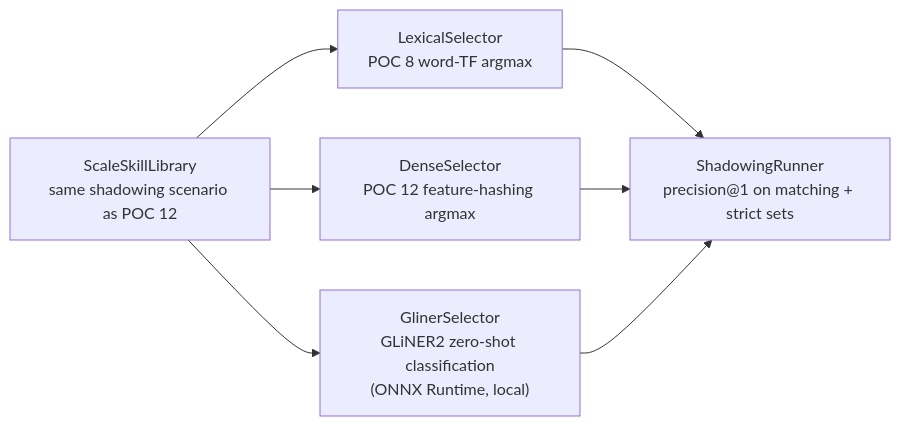
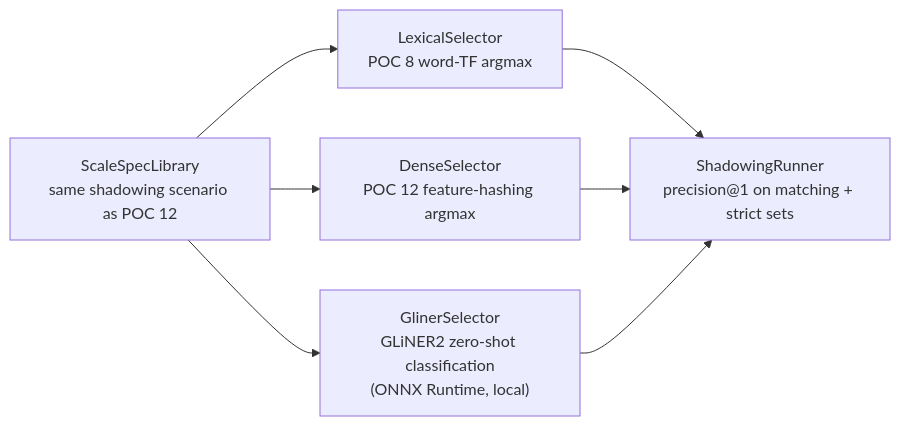
Before and after one commit to iromu/embabel-smith: the diagram in poc/poc-17-gliner-retrieval/README.md, drawn with Mermaid. The commit also changed other lines of this file and 650 other files, not shown here.

First line of the commit message:
Rename the skill-pack vocabulary to agent spec to match what the unit actually is

````diff
--- a/poc/poc-17-gliner-retrieval/README.md
+++ b/poc/poc-17-gliner-retrieval/README.md
@@ -17,11 +17,11 @@
 ```mermaid
 flowchart LR
-    LIB["ScaleSkillLibrary<br/>same shadowing scenario as POC 12"]
+    LIB["ScaleSpecLibrary<br/>same shadowing scenario as POC 12"]
     LEX["LexicalSelector<br/>POC 8 word-TF argmax"]
     DENSE["DenseSelector<br/>POC 12 feature-hashing argmax"]
     GL["GlinerSelector<br/>GLiNER2 zero-shot classification<br/>(ONNX Runtime, local)"]
     RUN["ShadowingRunner<br/>precision@1 on matching + strict sets"]
     LIB --> LEX --> RUN
     LIB --> DENSE --> RUN
     LIB --> GL --> RUN
 ```
````
